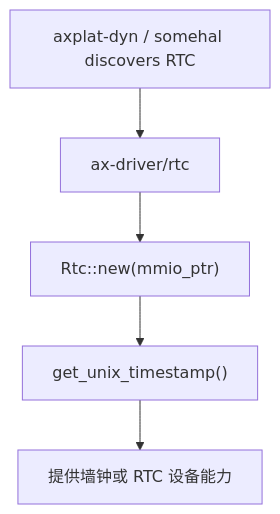
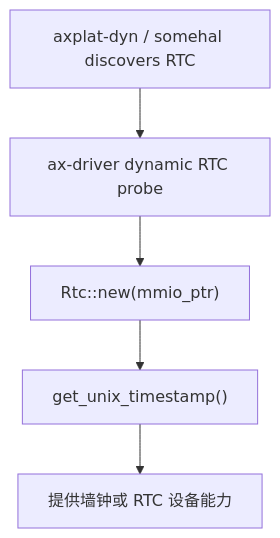
The first of 3 diagrams in docs/docs/components/crates/ax-arm-pl031.md (rcore-os/tgoskits), drawn with Mermaid before and after one commit. The commit also changed other lines of this file and 9 other files, not shown here.

````diff
--- a/docs/docs/components/crates/ax-arm-pl031.md
+++ b/docs/docs/components/crates/ax-arm-pl031.md
@@ -44,7 +44,7 @@
 ```mermaid
 flowchart TD
-    A["axplat-dyn / somehal discovers RTC"] --> B["ax-driver/rtc"]
+    A["axplat-dyn / somehal discovers RTC"] --> B["ax-driver dynamic RTC probe"]
     B --> C["Rtc::new(mmio_ptr)"]
     C --> D["get_unix_timestamp()"]
     D --> E["提供墙钟或 RTC 设备能力"]
 ```
````
